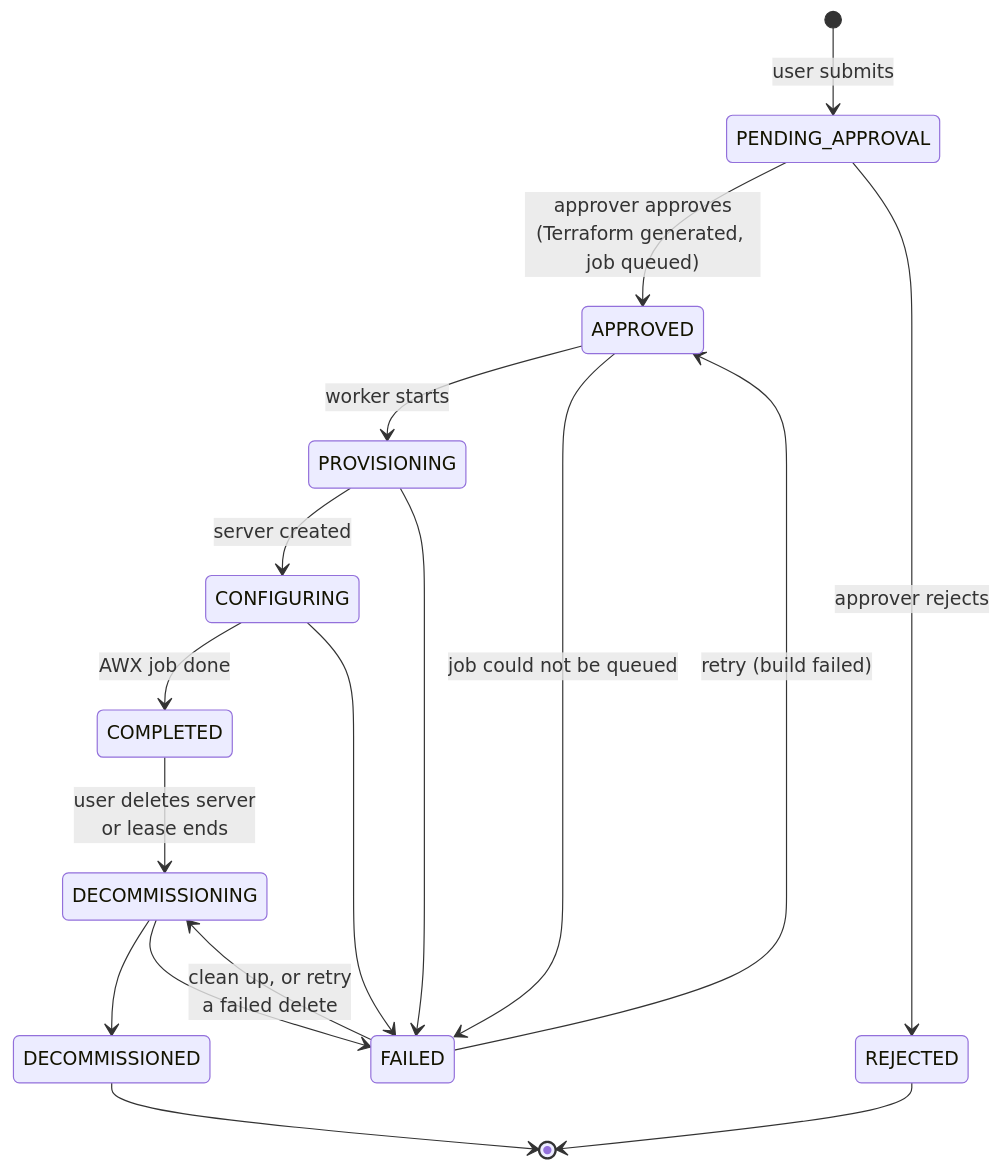
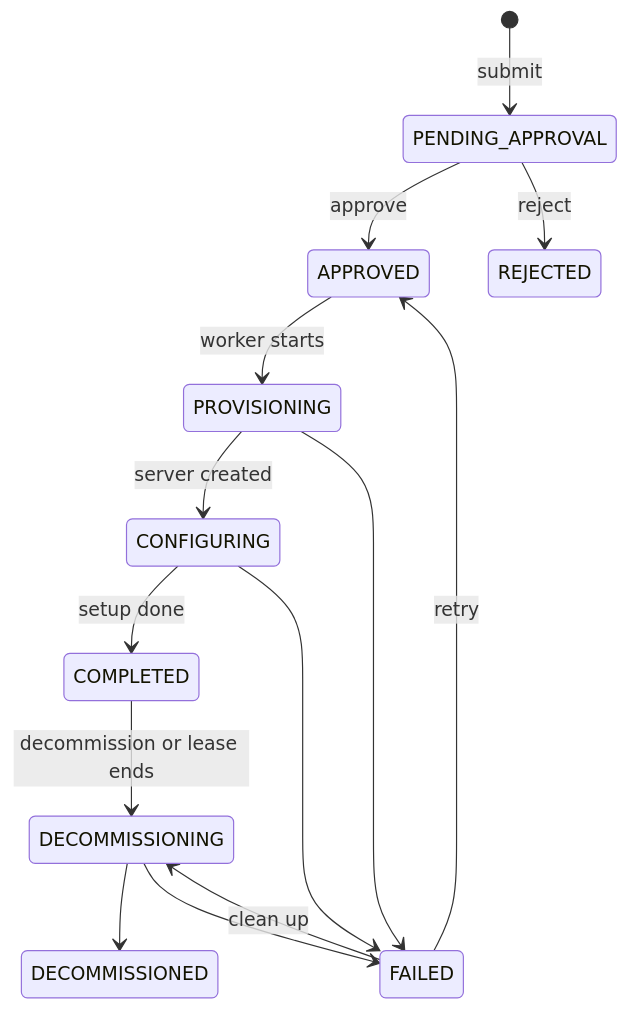
The second of 2 diagrams in docs/architecture.md (Muthujar/infra-portal), drawn with Mermaid before and after one commit. The commit also changed other lines of this file and 16 other files, not shown here.

````diff
--- a/docs/architecture.md
+++ b/docs/architecture.md
@@ -50,19 +41,16 @@
 ```mermaid
 stateDiagram-v2
-    [*] --> PENDING_APPROVAL: user submits
-    PENDING_APPROVAL --> APPROVED: approver approves<br/>(Terraform generated, job queued)
-    PENDING_APPROVAL --> REJECTED: approver rejects
+    [*] --> PENDING_APPROVAL: submit
+    PENDING_APPROVAL --> APPROVED: approve
+    PENDING_APPROVAL --> REJECTED: reject
     APPROVED --> PROVISIONING: worker starts
-    APPROVED --> FAILED: job could not be queued
     PROVISIONING --> CONFIGURING: server created
+    CONFIGURING --> COMPLETED: setup done
+    COMPLETED --> DECOMMISSIONING: decommission or lease ends
+    DECOMMISSIONING --> DECOMMISSIONED
     PROVISIONING --> FAILED
-    CONFIGURING --> COMPLETED: AWX job done
     CONFIGURING --> FAILED
-    FAILED --> APPROVED: retry (build failed)
-    FAILED --> DECOMMISSIONING: clean up, or retry<br/>a failed delete
-    COMPLETED --> DECOMMISSIONING: user deletes server<br/>or lease ends
-    DECOMMISSIONING --> DECOMMISSIONED
     DECOMMISSIONING --> FAILED
-    REJECTED --> [*]
-    DECOMMISSIONED --> [*]
+    FAILED --> APPROVED: retry
+    FAILED --> DECOMMISSIONING: clean up
 ```
````
